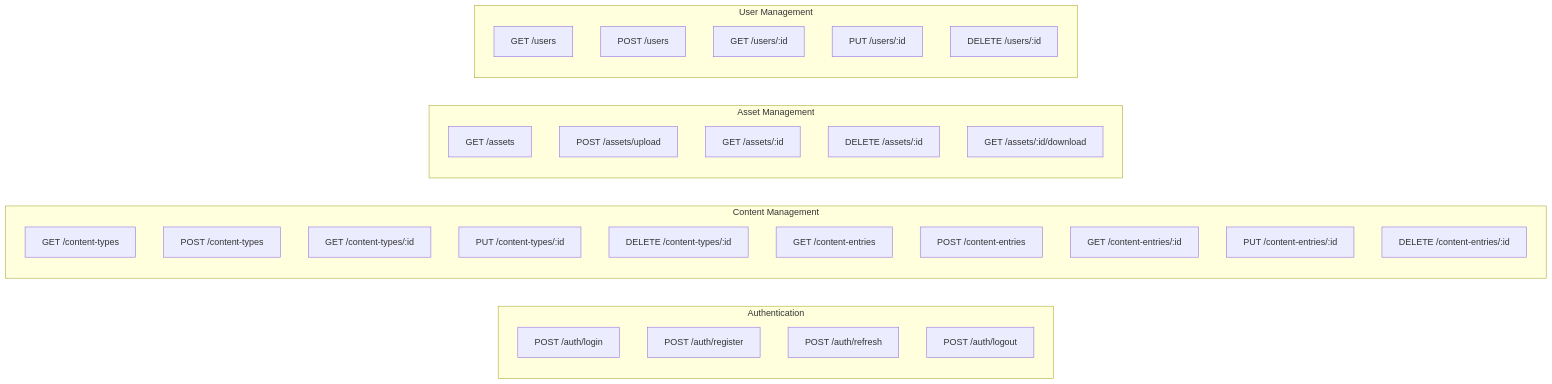
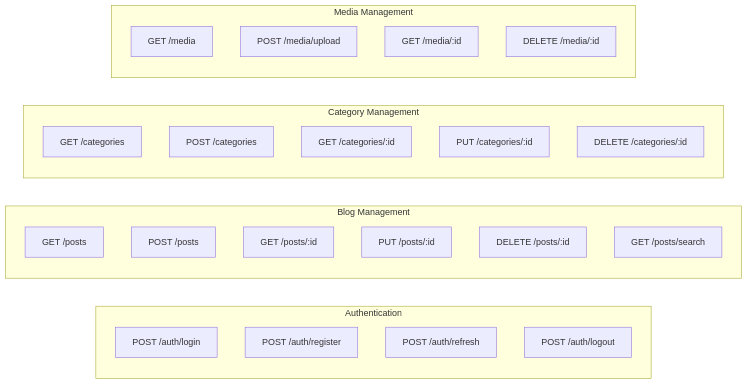
Before and after one commit to Dragon745/Content-Management-System: the seventh of 16 diagrams in SRS.md, drawn with Mermaid. The commit also changed other lines of this file and 1 other file, not shown here.

````diff
--- a/SRS.md
+++ b/SRS.md
@@ -429,38 +401,33 @@
 ```mermaid
 graph LR
     subgraph "Authentication"
         A1[POST /auth/login]
         A2[POST /auth/register]
         A3[POST /auth/refresh]
         A4[POST /auth/logout]
     end
 
-    subgraph "Content Management"
-        B1[GET /content-types]
-        B2[POST /content-types]
-        B3[GET /content-types/:id]
-        B4[PUT /content-types/:id]
-        B5[DELETE /content-types/:id]
-        B6[GET /content-entries]
-        B7[POST /content-entries]
-        B8[GET /content-entries/:id]
-        B9[PUT /content-entries/:id]
-        B10[DELETE /content-entries/:id]
+    subgraph "Blog Management"
+        B1[GET /posts]
+        B2[POST /posts]
+        B3[GET /posts/:id]
+        B4[PUT /posts/:id]
+        B5[DELETE /posts/:id]
+        B6[GET /posts/search]
     end
 
-    subgraph "Asset Management"
-        C1[GET /assets]
-        C2[POST /assets/upload]
-        C3[GET /assets/:id]
-        C4[DELETE /assets/:id]
-        C5[GET /assets/:id/download]
+    subgraph "Category Management"
+        C1[GET /categories]
+        C2[POST /categories]
+        C3[GET /categories/:id]
+        C4[PUT /categories/:id]
+        C5[DELETE /categories/:id]
     end
 
-    subgraph "User Management"
-        D1[GET /users]
-        D2[POST /users]
-        D3[GET /users/:id]
-        D4[PUT /users/:id]
-        D5[DELETE /users/:id]
+    subgraph "Media Management"
+        D1[GET /media]
+        D2[POST /media/upload]
+        D3[GET /media/:id]
+        D4[DELETE /media/:id]
     end
 ```
````
